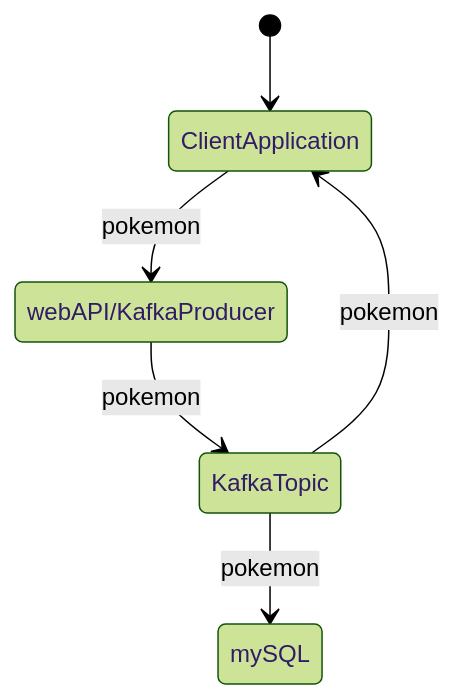
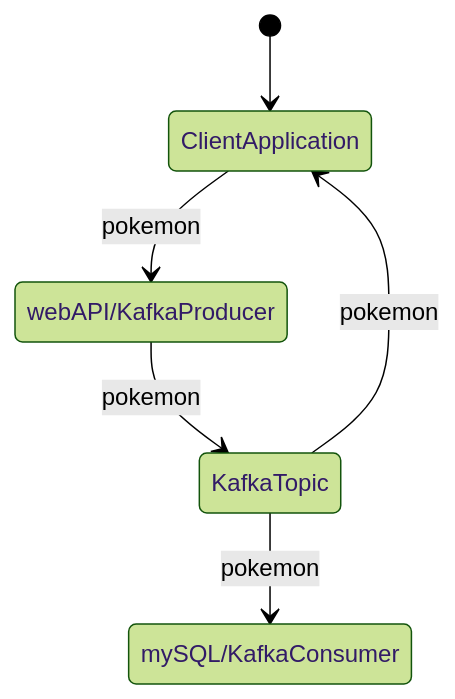
Before and after one commit to Bremmster/DWSJ: the diagram in Dokumentation.md, drawn with Mermaid (forest theme). The commit also changed other lines of this file and 3 other files, not shown here.

````diff
--- a/Dokumentation.md
+++ b/Dokumentation.md
@@ -16,9 +20,9 @@
 ```mermaid
 stateDiagram-v2
     [*] --> ClientApplication
     ClientApplication --> webAPI/KafkaProducer: pokemon
     webAPI/KafkaProducer
     webAPI/KafkaProducer --> KafkaTopic: pokemon
-    KafkaTopic --> mySQL: pokemon
+    KafkaTopic --> mySQL/KafkaConsumer: pokemon
     KafkaTopic --> ClientApplication: pokemon
 ```
````
